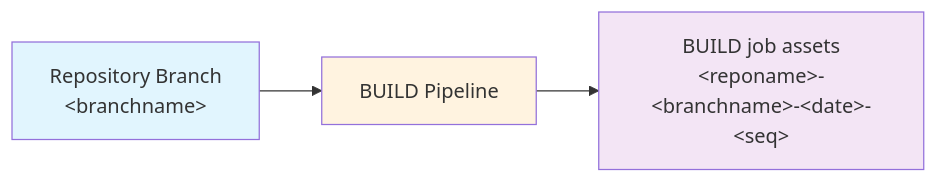
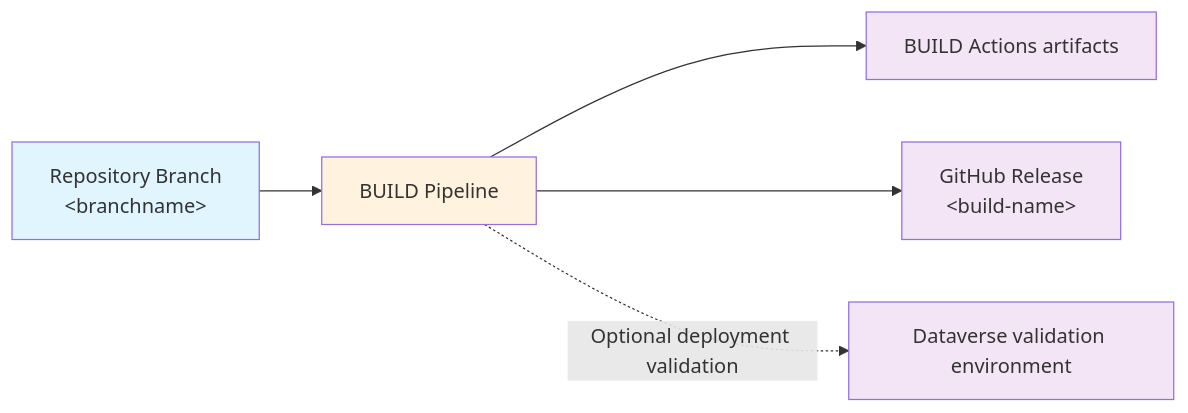
Before and after one commit to robwood-TTECDigital/ALM4Dataverse: the diagram in docs/usage/building-releases.md, drawn with Mermaid. The commit also changed other lines of this file and 26 other files, not shown here.

````diff
--- a/docs/usage/building-releases.md
+++ b/docs/usage/building-releases.md
@@ -4,9 +4,13 @@
 ```mermaid
 flowchart LR
     A[Repository Branch<br/>&lt;branchname&gt;] --> B[BUILD Pipeline]
-    B --> C[BUILD job assets<br/>&lt;reponame&gt;-&lt;branchname&gt;-&lt;date&gt;-&lt;seq&gt;]
+    B --> C[BUILD Actions artifacts]
+    B --> D[GitHub Release<br/>&lt;build-name&gt;]
+    B -. Optional deployment validation .-> E[Dataverse validation environment]
 
     style A fill:#e1f5fe
     style C fill:#f3e5f5
+    style D fill:#f3e5f5
+    style E fill:#f3e5f5
     style B fill:#fff3e0
 ```
````
